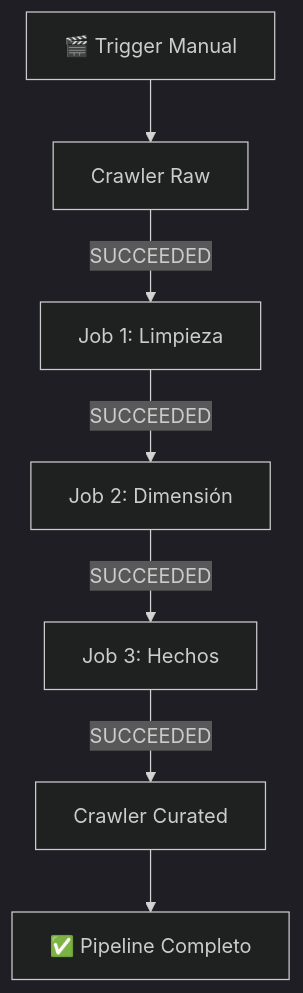
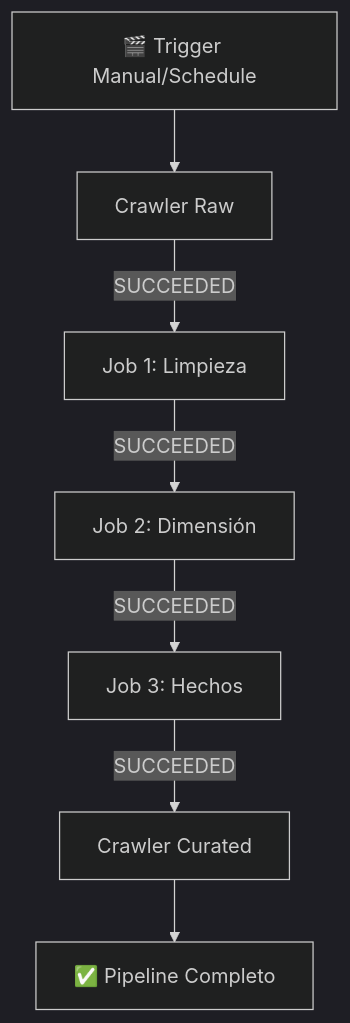
Before and after one commit to KennyWong2024/learning-aws: the diagram in project/readme.md, drawn with Mermaid (dark theme). The commit also changed other lines of this file, not shown here.

Commit message:
Update: Readme

````diff
--- a/project/readme.md
+++ b/project/readme.md
@@ -203,9 +203,9 @@
 ```mermaid
 graph TD
-    A[🎬 Trigger Manual] --> B[Crawler Raw]
+    A[🎬 Trigger Manual/Schedule] --> B[Crawler Raw]
     B -->|SUCCEEDED| C[Job 1: Limpieza]
     C -->|SUCCEEDED| D[Job 2: Dimensión]
     D -->|SUCCEEDED| E[Job 3: Hechos]
     E -->|SUCCEEDED| F[Crawler Curated]
     F --> G[✅ Pipeline Completo]
 ```
````
